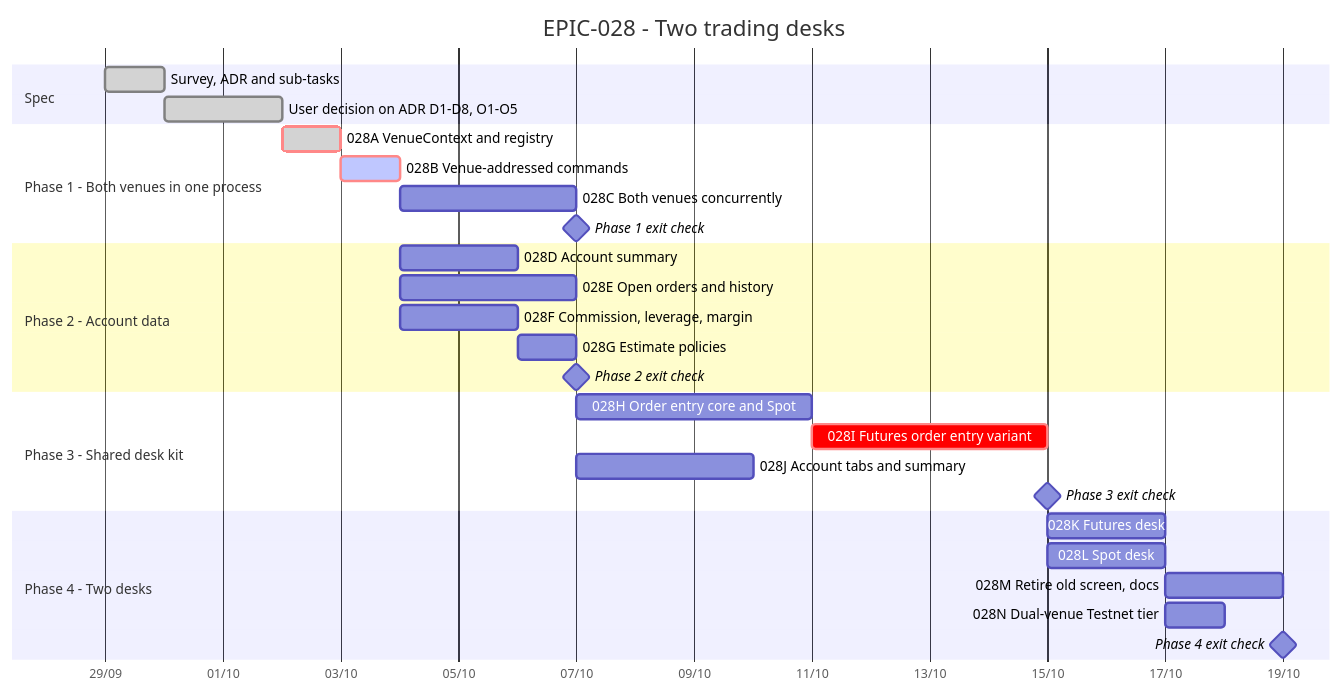
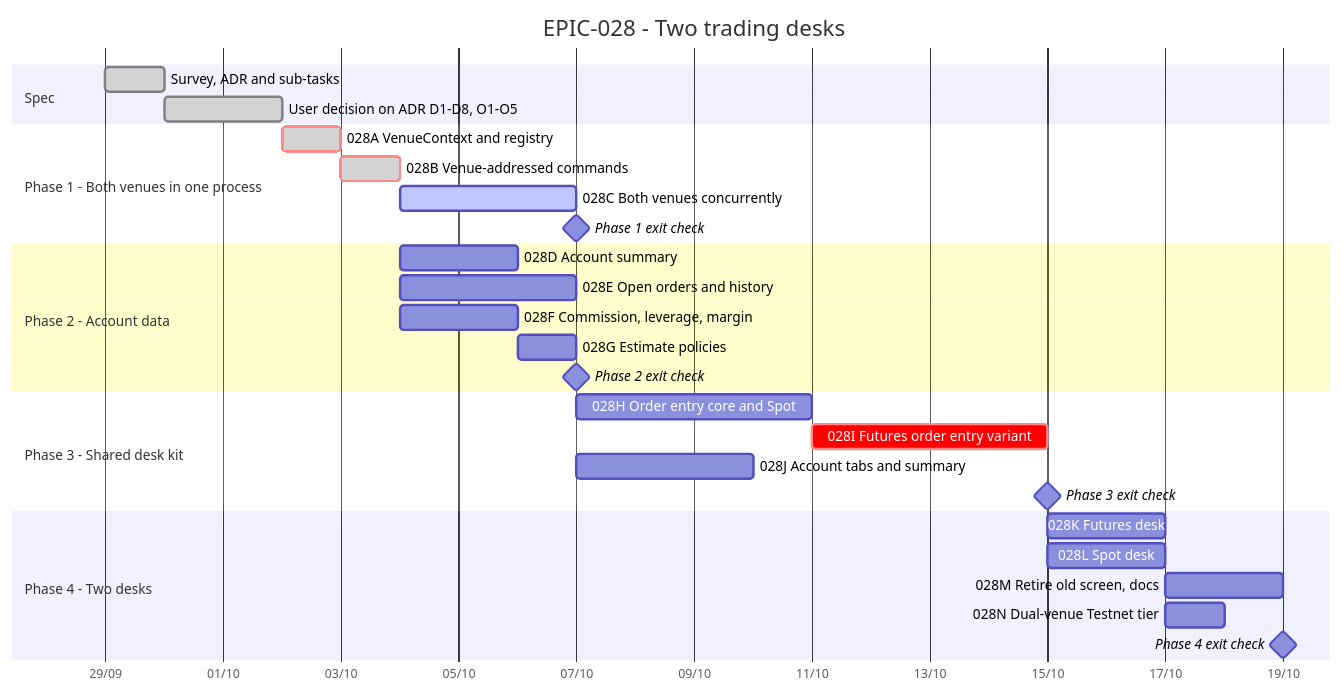
Before and after one commit to anhembedded/Sagittarius_Elite_Warrior: the diagram in Tasks/epics/EPIC-028_futures_and_spot_trading_desks/TRACKING.md, drawn with Mermaid. The commit also changed other lines of this file and 11 other files, not shown here.

````diff
--- a/Tasks/epics/EPIC-028_futures_and_spot_trading_desks/TRACKING.md
+++ b/Tasks/epics/EPIC-028_futures_and_spot_trading_desks/TRACKING.md
@@ -15,37 +15,37 @@
 ```mermaid
 gantt
     title EPIC-028 - Two trading desks
     dateFormat  YYYY-MM-DD
     axisFormat  %d/%m
     todayMarker stroke-width:2px,stroke:#d33,opacity:0.6
 
     section Spec
     Survey, ADR and sub-tasks              :done,    s1, 2026-09-29, 1d
     User decision on ADR D1-D8, O1-O5      :done,    s2, after s1, 2d
 
     section Phase 1 - Both venues in one process
     028A VenueContext and registry         :crit, done, a, after s2, 1d
-    028B Venue-addressed commands          :crit, active, b, after a, 1d
-    028C Both venues concurrently          :         c, after b, 3d
+    028B Venue-addressed commands          :crit, done, b, after a, 1d
+    028C Both venues concurrently          :active,  c, after b, 3d
     Phase 1 exit check                     :milestone, m1, after c, 0d
 
     section Phase 2 - Account data
     028D Account summary                   :         d, after b, 2d
     028E Open orders and history           :         e, after b, 3d
     028F Commission, leverage, margin      :         f, after b, 2d
     028G Estimate policies                 :         g, after f, 1d
     Phase 2 exit check                     :milestone, m2, after e, 0d
 
     section Phase 3 - Shared desk kit
     028H Order entry core and Spot         :         h, after g, 4d
     028I Futures order entry variant       :crit,    i, after h, 4d
     028J Account tabs and summary          :         j, after e, 3d
     Phase 3 exit check                     :milestone, m3, after i, 0d
 
     section Phase 4 - Two desks
     028K Futures desk                      :         k, after m3, 2d
     028L Spot desk                         :         l, after m3, 2d
     028M Retire old screen, docs           :         mm, after k, 2d
     028N Dual-venue Testnet tier           :         n, after l, 1d
     Phase 4 exit check                     :milestone, m4, after mm, 0d
 ```
````
